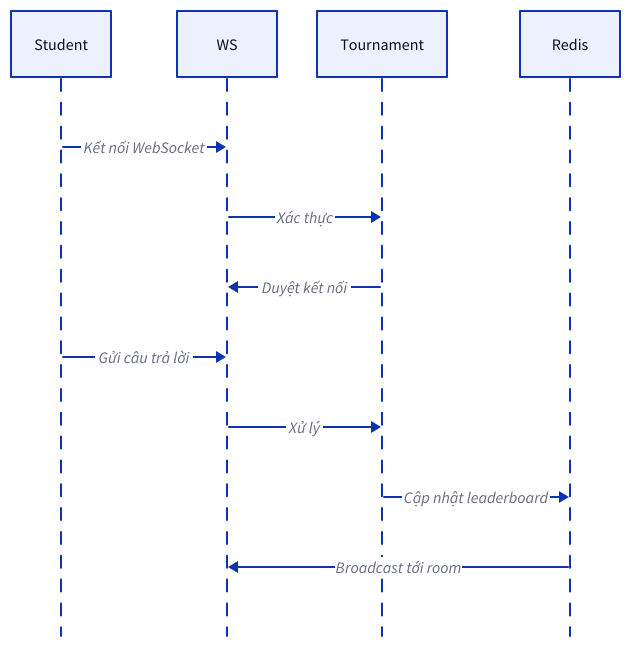
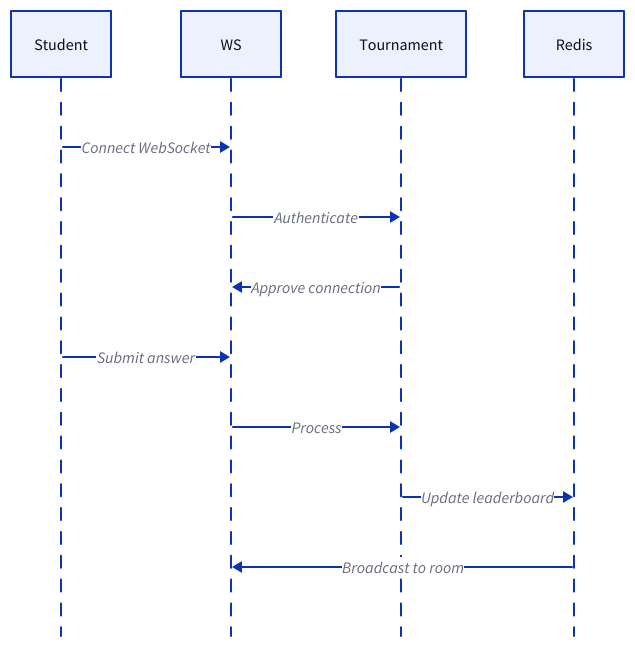
The third of 3 diagrams in blueprint/architecture/system-design.md (philongdanh/lms), drawn with D2 before and after one commit. The commit also changed other lines of this file and 10 other files, not shown here.

````diff
--- a/blueprint/architecture/system-design.md
+++ b/blueprint/architecture/system-design.md
@@ -103,12 +103,12 @@
 ```d2
 shape: sequence_diagram
 direction: right
 
-Student -> WS: Kết nối WebSocket
-WS -> Tournament: Xác thực
-Tournament -> WS: Duyệt kết nối
-Student -> WS: Gửi câu trả lời
-WS -> Tournament: Xử lý
-Tournament -> Redis: Cập nhật leaderboard
-Redis -> WS: Broadcast tới room
+Student -> WS: Connect WebSocket
+WS -> Tournament: Authenticate
+Tournament -> WS: Approve connection
+Student -> WS: Submit answer
+WS -> Tournament: Process
+Tournament -> Redis: Update leaderboard
+Redis -> WS: Broadcast to room
 ```
````
